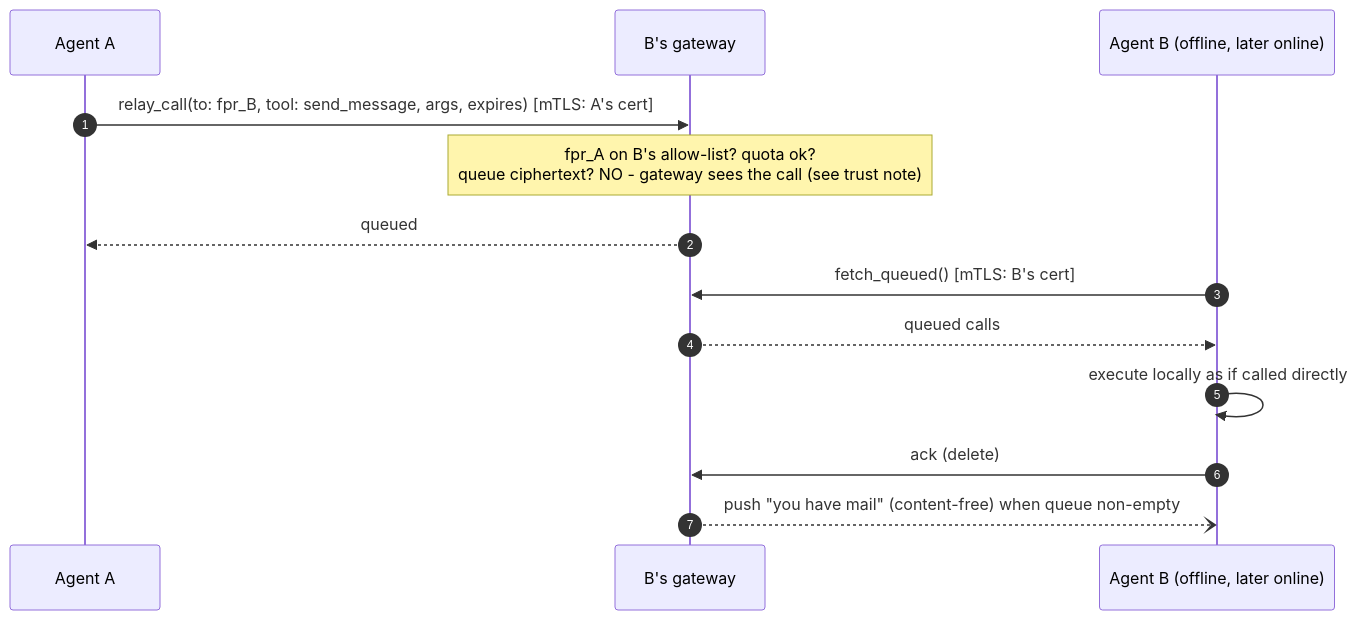
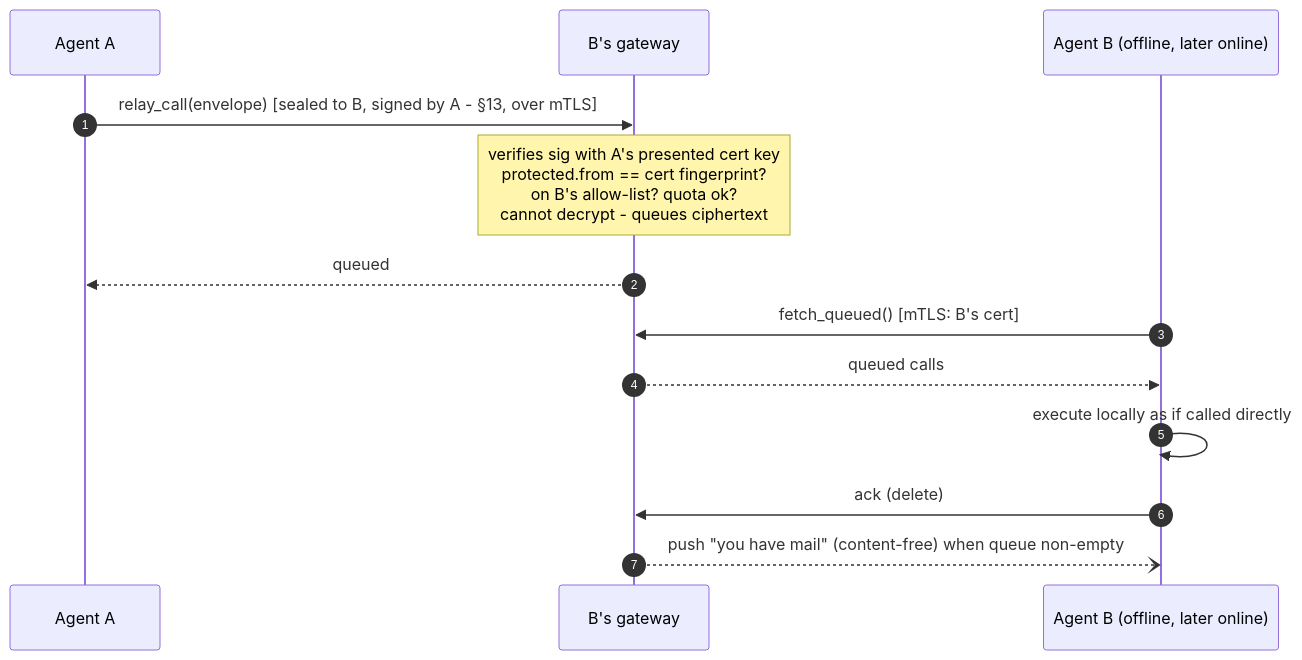
Before and after one commit to humandelegatedtrustprotocol/hdtp-spec: the eighth of 9 diagrams in SPEC.md, drawn with Mermaid. The commit also changed other lines of this file and 1 other file, not shown here.

````diff
--- a/SPEC.md
+++ b/SPEC.md
@@ -331,16 +335,16 @@
 ```mermaid
 sequenceDiagram
     autonumber
     participant AA as Agent A
     participant GW as B's gateway
     participant AB as Agent B (offline, later online)
 
-    AA->>GW: relay_call(to: fpr_B, tool: send_message, args, expires)  [mTLS: A's cert]
-    Note over GW: fpr_A on B's allow-list? quota ok?<br/>queue ciphertext? NO - gateway sees the call (see trust note)
+    AA->>GW: relay_call(envelope)  [sealed to B, signed by A - §13, over mTLS]
+    Note over GW: verifies sig with A's presented cert key<br/>protected.from == cert fingerprint?<br/>on B's allow-list? quota ok?<br/>cannot decrypt - queues ciphertext
     GW-->>AA: queued
     AB->>GW: fetch_queued()  [mTLS: B's cert]
     GW-->>AB: queued calls
     AB->>AB: execute locally as if called directly
     AB->>GW: ack (delete)
     GW--)AB: push "you have mail" (content-free) when queue non-empty
 ```
````
